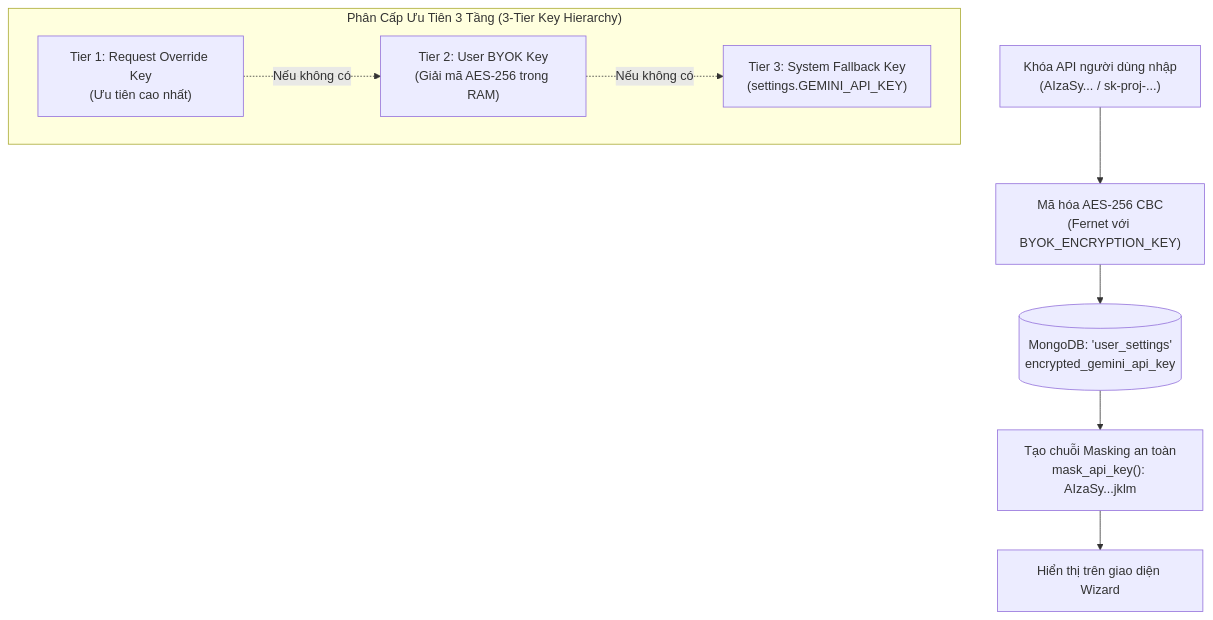
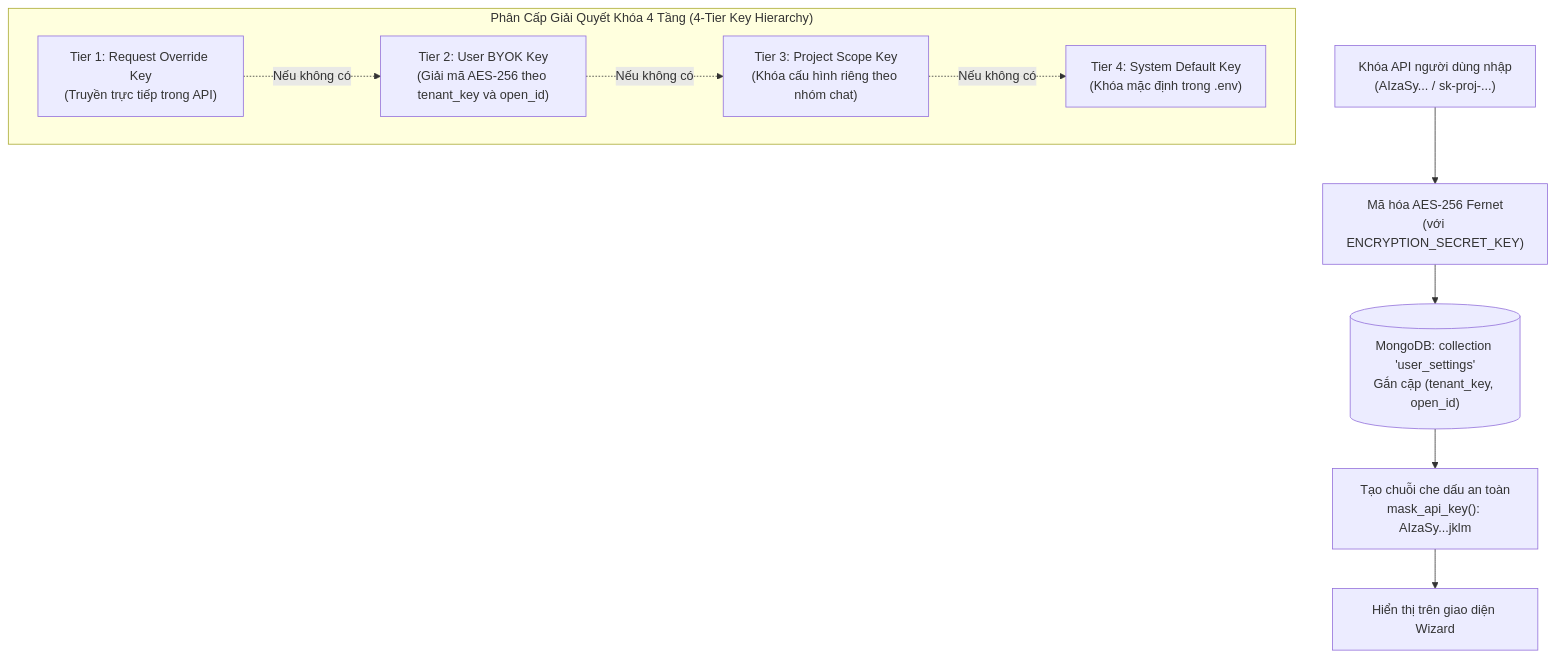
Before and after one commit to tetsde/LarkAssistant: the second of 2 diagrams in server/docs/onboarding/README.md, drawn with Mermaid. The commit also changed other lines of this file and 20 other files, not shown here.

Commit message:
docs: update architecture documentation and diagrams

````diff
--- a/server/docs/onboarding/README.md
+++ b/server/docs/onboarding/README.md
@@ -54,17 +54,19 @@
 ```mermaid
 flowchart TD
-    RawKey["Khóa API người dùng nhập<br/>(AIzaSy... / sk-proj-...)"] --> Encrypt["Mã hóa AES-256 CBC<br/>(Fernet với BYOK_ENCRYPTION_KEY)"]
-    Encrypt --> DB[("MongoDB: 'user_settings'<br/>encrypted_gemini_api_key")]
+    RawKey["Khóa API người dùng nhập<br/>(AIzaSy... / sk-proj-...)"] --> Encrypt["Mã hóa AES-256 Fernet<br/>(với ENCRYPTION_SECRET_KEY)"]
+    Encrypt --> DB[("MongoDB: collection 'user_settings'<br/>Gắn cặp (tenant_key, open_id)")]
     
-    DB --> Mask["Tạo chuỗi Masking an toàn<br/>mask_api_key(): AIzaSy...jklm"]
+    DB --> Mask["Tạo chuỗi che dấu an toàn<br/>mask_api_key(): AIzaSy...jklm"]
     Mask --> UI["Hiển thị trên giao diện Wizard"]
     
-    subgraph Resolution["Phân Cấp Ưu Tiên 3 Tầng (3-Tier Key Hierarchy)"]
-        Req["Tier 1: Request Override Key<br/>(Ưu tiên cao nhất)"]
-        User["Tier 2: User BYOK Key<br/>(Giải mã AES-256 trong RAM)"]
-        Sys["Tier 3: System Fallback Key<br/>(settings.GEMINI_API_KEY)"]
+    subgraph Resolution["Phân Cấp Giải Quyết Khóa 4 Tầng (4-Tier Key Hierarchy)"]
+        Req["Tier 1: Request Override Key<br/>(Truyền trực tiếp trong API)"]
+        User["Tier 2: User BYOK Key<br/>(Giải mã AES-256 theo tenant_key và open_id)"]
+        Scope["Tier 3: Project Scope Key<br/>(Khóa cấu hình riêng theo nhóm chat)"]
+        Sys["Tier 4: System Default Key<br/>(Khóa mặc định trong .env)"]
         
         Req -.->|Nếu không có| User
-        User -.->|Nếu không có| Sys
+        User -.->|Nếu không có| Scope
+        Scope -.->|Nếu không có| Sys
     end
 ```
````
